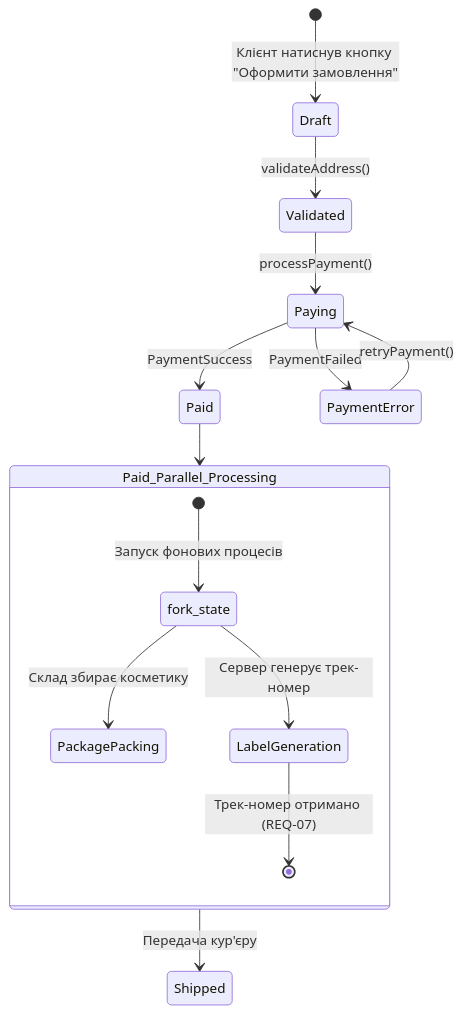
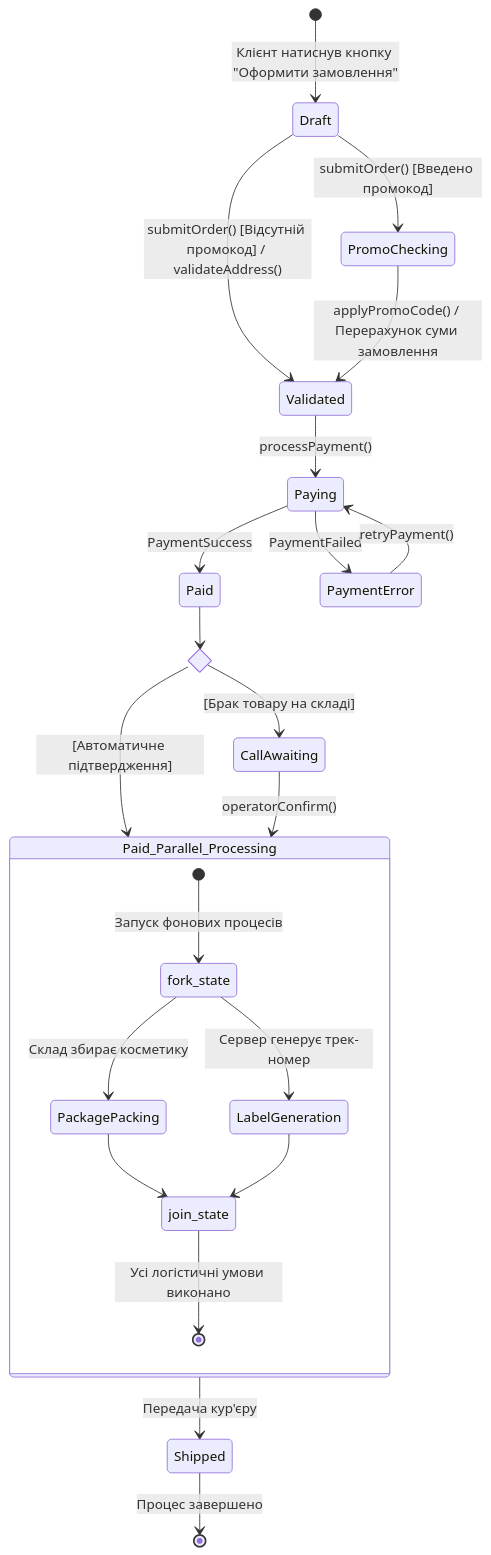
Before and after one commit to sofiisunn/KPI: the diagram in machine.md, drawn with Mermaid.

Commit message:
Enhance state diagram with promo and call handling
Added states for promo code validation and call handling.

````diff
--- a/machine.md
+++ b/machine.md
@@ -1,23 +1,37 @@
 ```mermaid
 stateDiagram-v2
     [*] --> Draft : Клієнт натиснув кнопку "Оформити замовлення"
 
-    Draft --> Validated : validateAddress()
+    Draft --> PromoChecking : submitOrder() [Введено промокод]
+    Draft --> Validated : submitOrder() [Відсутній промокод] / validateAddress()
+    
+    PromoChecking --> Validated : applyPromoCode() / Перерахунок суми замовлення
     Validated --> Paying : processPayment()
 
     Paying --> Paid : PaymentSuccess
     Paying --> PaymentError : PaymentFailed
     PaymentError --> Paying : retryPayment()
 
+    state check_call_needed <<choice>>
+    Paid --> check_call_needed
+    
+    check_call_needed --> CallAwaiting : [Брак товару на складі]
+    check_call_needed --> Paid_Parallel_Processing : [Автоматичне підтвердження]
+    
+    CallAwaiting --> Paid_Parallel_Processing : operatorConfirm()
+
     state Paid_Parallel_Processing {
         [*] --> fork_state : Запуск фонових процесів
         
         fork_state --> PackagePacking : Склад збирає косметику
         fork_state --> LabelGeneration : Сервер генерує трек-номер
+
+        PackagePacking --> join_state
+        LabelGeneration --> join_state
         
-        LabelGeneration --> [*] : Трек-номер отримано (REQ-07)
+        join_state --> [*] : Усі логістичні умови виконано
     }
 
-    Paid --> Paid_Parallel_Processing
     Paid_Parallel_Processing --> Shipped : Передача кур'єру
+    Shipped --> [*] : Процес завершено
 ```
````
